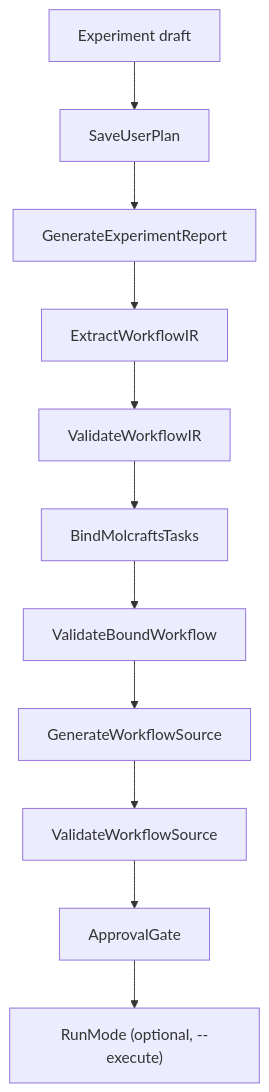
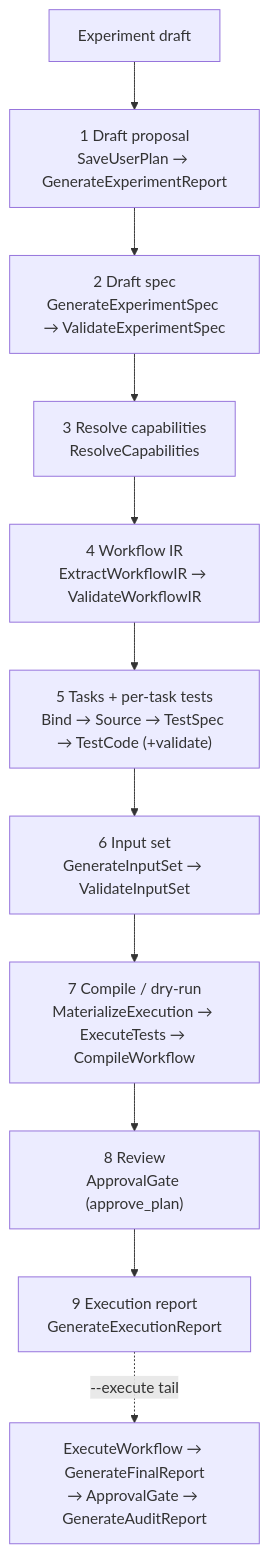
Before and after one commit to Roy-Kid/molexp: the first of 2 diagrams in docs/architecture/plan-mode.md, drawn with Mermaid. The commit also changed other lines of this file and 193 other files, not shown here.

First line of the commit message:
feat(harness): 9-step PlanMode with LLM capability selection + merged spec YAML

````diff
--- a/docs/architecture/plan-mode.md
+++ b/docs/architecture/plan-mode.md
@@ -35,13 +37,13 @@
 ```mermaid
 flowchart TD
-    A["Experiment draft"] --> S1["SaveUserPlan"]
-    S1 --> S2["GenerateExperimentReport"]
-    S2 --> S3["ExtractWorkflowIR"]
-    S3 --> S4["ValidateWorkflowIR"]
-    S4 --> S5["BindMolcraftsTasks"]
-    S5 --> S6["ValidateBoundWorkflow"]
-    S6 --> S7["GenerateWorkflowSource"]
-    S7 --> S8["ValidateWorkflowSource"]
-    S8 --> S9["ApprovalGate"]
-    S9 --> R["RunMode (optional, --execute)"]
+    A["Experiment draft"] --> S1["1 Draft proposal<br/>SaveUserPlan → GenerateExperimentReport"]
+    S1 --> S2["2 Draft spec<br/>GenerateExperimentSpec → ValidateExperimentSpec"]
+    S2 --> S3["3 Resolve capabilities<br/>ResolveCapabilities"]
+    S3 --> S4["4 Workflow IR<br/>ExtractWorkflowIR → ValidateWorkflowIR"]
+    S4 --> S5["5 Tasks + per-task tests<br/>Bind → Source → TestSpec → TestCode (+validate)"]
+    S5 --> S6["6 Input set<br/>GenerateInputSet → ValidateInputSet"]
+    S6 --> S7["7 Compile / dry-run<br/>MaterializeExecution → ExecuteTests → CompileWorkflow"]
+    S7 --> S8["8 Review<br/>ApprovalGate (approve_plan)"]
+    S8 --> S9["9 Execution report<br/>GenerateExecutionReport"]
+    S9 -.->|--execute tail| R["ExecuteWorkflow → GenerateFinalReport<br/>→ ApprovalGate → GenerateAuditReport"]
 ```
````
